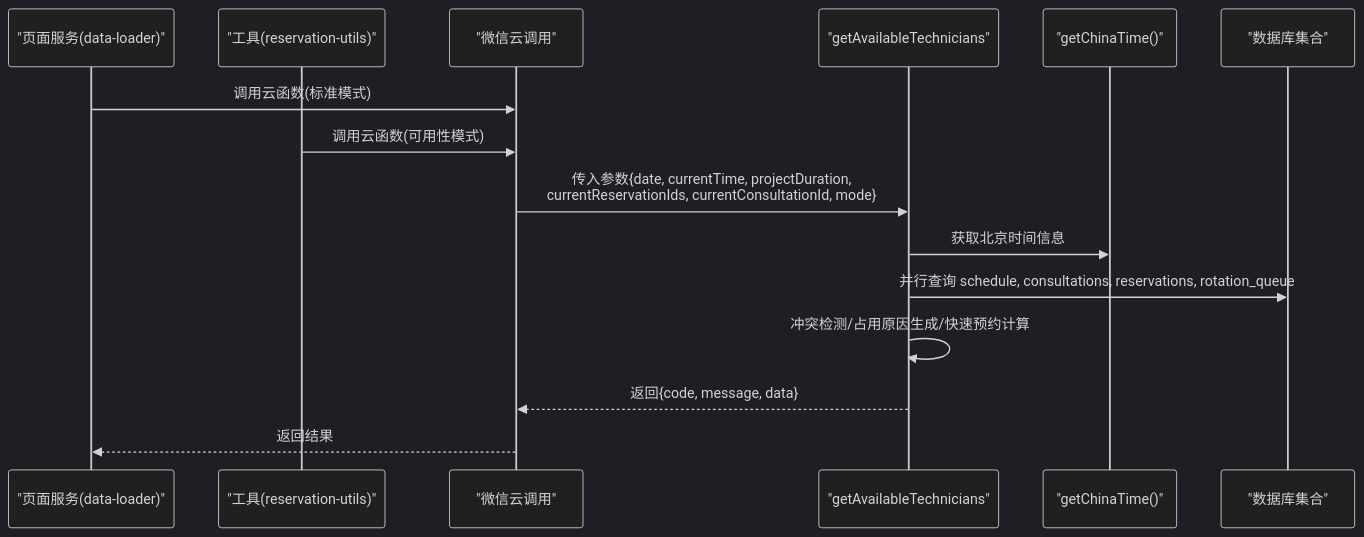
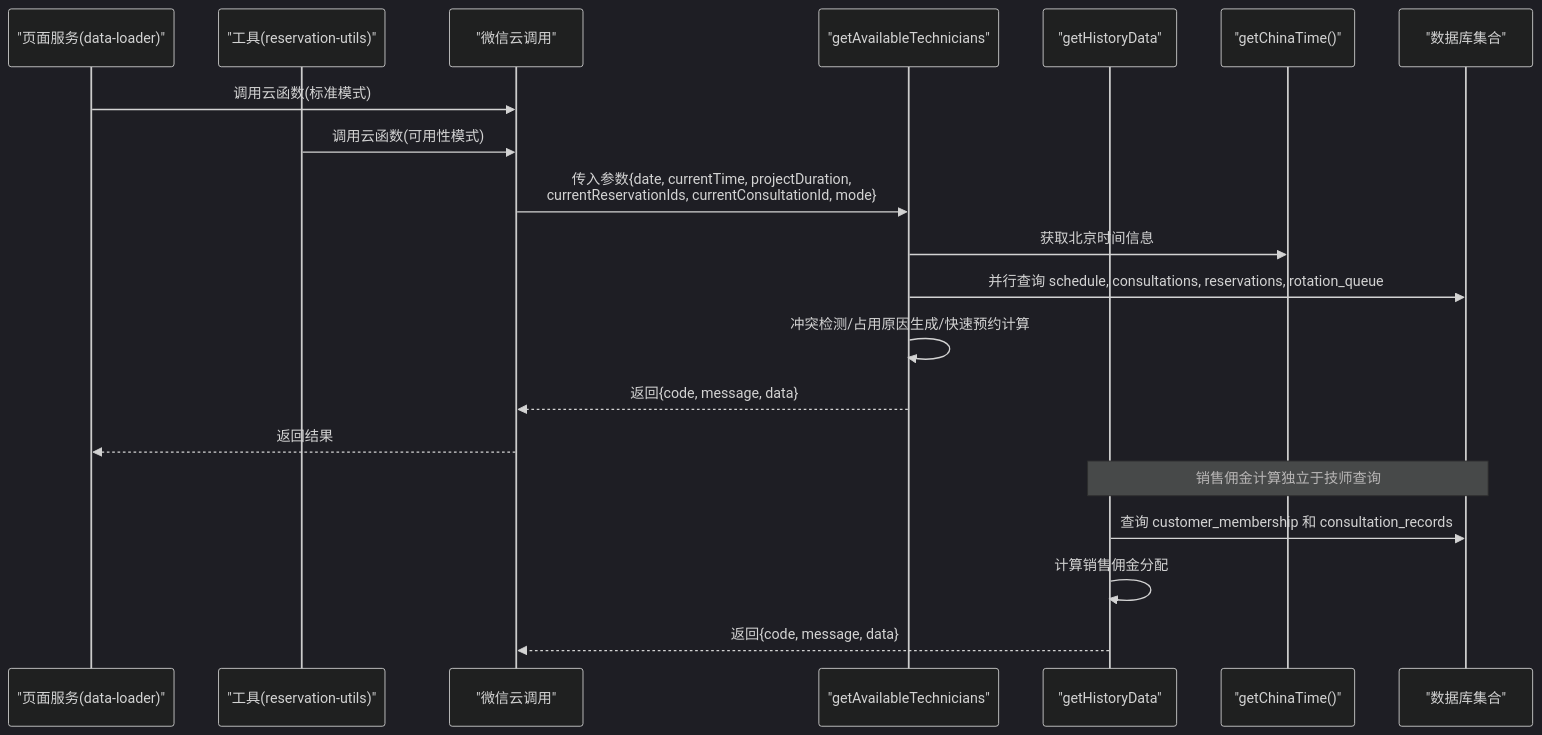
One commit to xwHoward/padoo-consulation-printer changed the second of 5 diagrams in .qoder/repowiki/zh/content/技师排班系统/可用技师查询.md. Above: the diagram before and after it, drawn with Mermaid (dark theme). The commit also changed other lines of this file and 15 other files, not shown here.

````diff
--- a/.qoder/repowiki/zh/content/技师排班系统/可用技师查询.md
+++ b/.qoder/repowiki/zh/content/技师排班系统/可用技师查询.md
@@ -141,17 +148,22 @@
 ```mermaid
 sequenceDiagram
 participant Page as "页面服务(data-loader)"
 participant Utils as "工具(reservation-utils)"
 participant WX as "微信云调用"
 participant Func as "getAvailableTechnicians"
+participant Hist as "getHistoryData"
 participant Time as "getChinaTime()"
 participant DB as "数据库集合"
 Page->>WX : 调用云函数(标准模式)
 Utils->>WX : 调用云函数(可用性模式)
 WX->>Func : 传入参数{date, currentTime, projectDuration,<br/>currentReservationIds, currentConsultationId, mode}
 Func->>Time : 获取北京时间信息
 Func->>DB : 并行查询 schedule, consultations, reservations, rotation_queue
 Func->>Func : 冲突检测/占用原因生成/快速预约计算
 Func-->>WX : 返回{code, message, data}
 WX-->>Page : 返回结果
+Note over Hist,DB : 销售佣金计算独立于技师查询
+Hist->>DB : 查询 customer_membership 和 consultation_records
+Hist->>Hist : 计算销售佣金分配
+Hist-->>WX : 返回{code, message, data}
 ```
````
